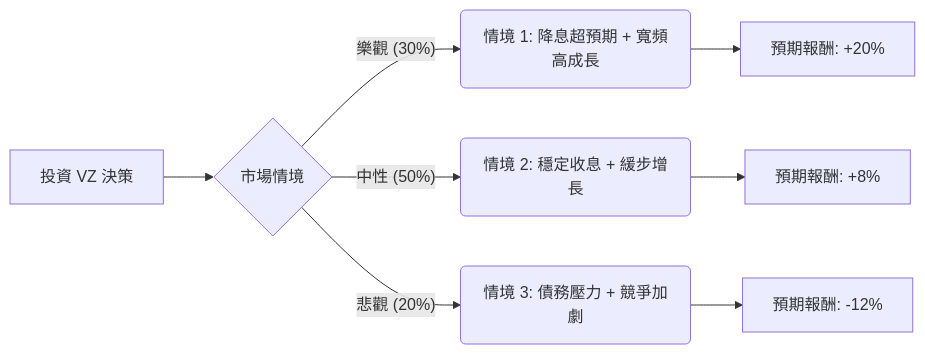
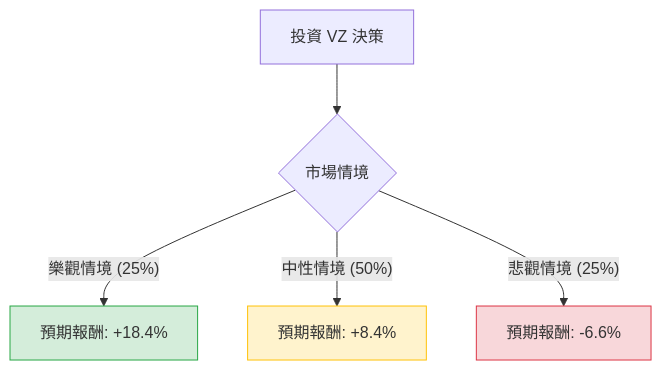
Before and after one commit to zmcx16/zmcx16.github.io: the diagram in plugin-react/ai-analysis/ev-analysis/VZ.md, drawn with Mermaid. The commit also changed other lines of this file and 75 other files, not shown here.

````diff
--- a/plugin-react/ai-analysis/ev-analysis/VZ.md
+++ b/plugin-react/ai-analysis/ev-analysis/VZ.md
@@ -22,12 +20,12 @@
 ```mermaid
-graph LR
+graph TD
     A[投資 VZ 決策] --> B{市場情境}
     
-    B -- 樂觀 (30%) --> C(情境 1: 降息超預期 + 寬頻高成長)
-    B -- 中性 (50%) --> D(情境 2: 穩定收息 + 緩步增長)
-    B -- 悲觀 (20%) --> E(情境 3: 債務壓力 + 競爭加劇)
+    B -- 樂觀情境 (25%) --> C[預期報酬: +18.4%]
+    B -- 中性情境 (50%) --> D[預期報酬: +8.4%]
+    B -- 悲觀情境 (25%) --> E[預期報酬: -6.6%]
 
-    C --> C1[預期報酬: +20%]
-    D --> D1[預期報酬: +8%]
-    E --> E1[預期報酬: -12%]
+    style C fill:#d4edda,stroke:#28a745
+    style D fill:#fff3cd,stroke:#ffc107
+    style E fill:#f8d7da,stroke:#dc3545
 ```
````
